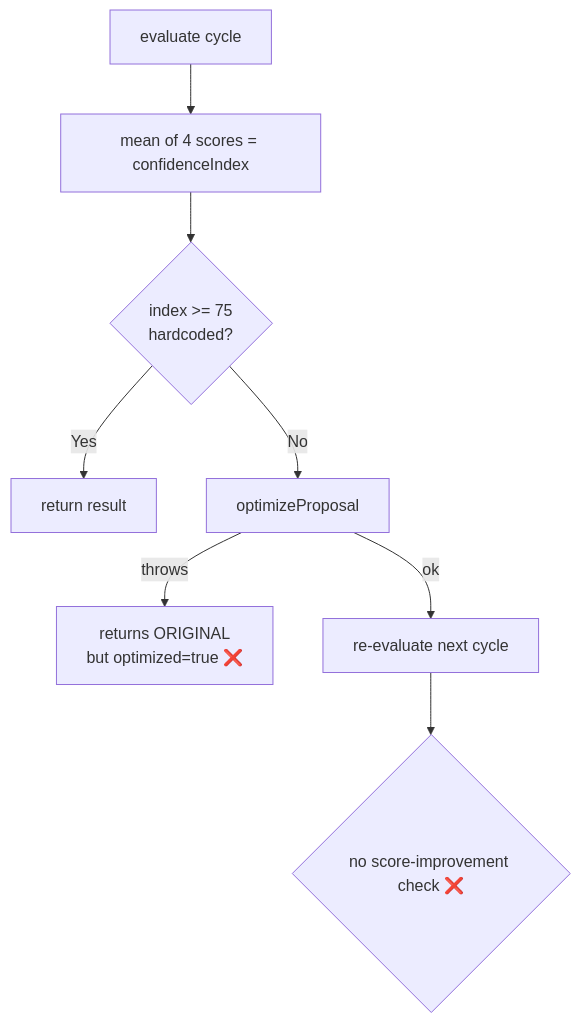
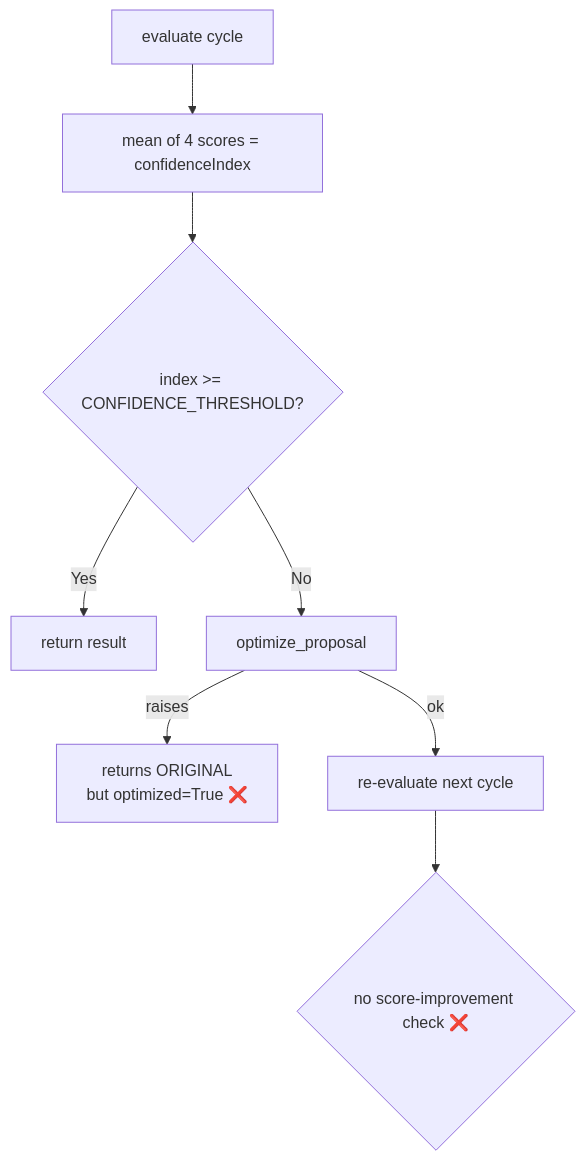
Before and after one commit to FixFlow-AI/FixFlow-AI-web: the first of 2 diagrams in docs/specifications/ai_features/stories/AIE-03-confidence-grid-self-correction.md, drawn with Mermaid. The commit also changed other lines of this file and 13 other files, not shown here.

````diff
--- a/docs/specifications/ai_features/stories/AIE-03-confidence-grid-self-correction.md
+++ b/docs/specifications/ai_features/stories/AIE-03-confidence-grid-self-correction.md
@@ -26,10 +26,10 @@
 ```mermaid
 flowchart TD
     A[evaluate cycle] --> B[mean of 4 scores = confidenceIndex]
-    B --> C{index >= 75<br/>hardcoded?}
+    B --> C{index >= CONFIDENCE_THRESHOLD?}
     C -->|Yes| D[return result]
-    C -->|No| E[optimizeProposal]
-    E -->|throws| F[returns ORIGINAL<br/>but optimized=true ❌]
+    C -->|No| E[optimize_proposal]
+    E -->|raises| F[returns ORIGINAL<br/>but optimized=True ❌]
     E -->|ok| G[re-evaluate next cycle]
     G --> H{no score-improvement check ❌}
 ```
````
